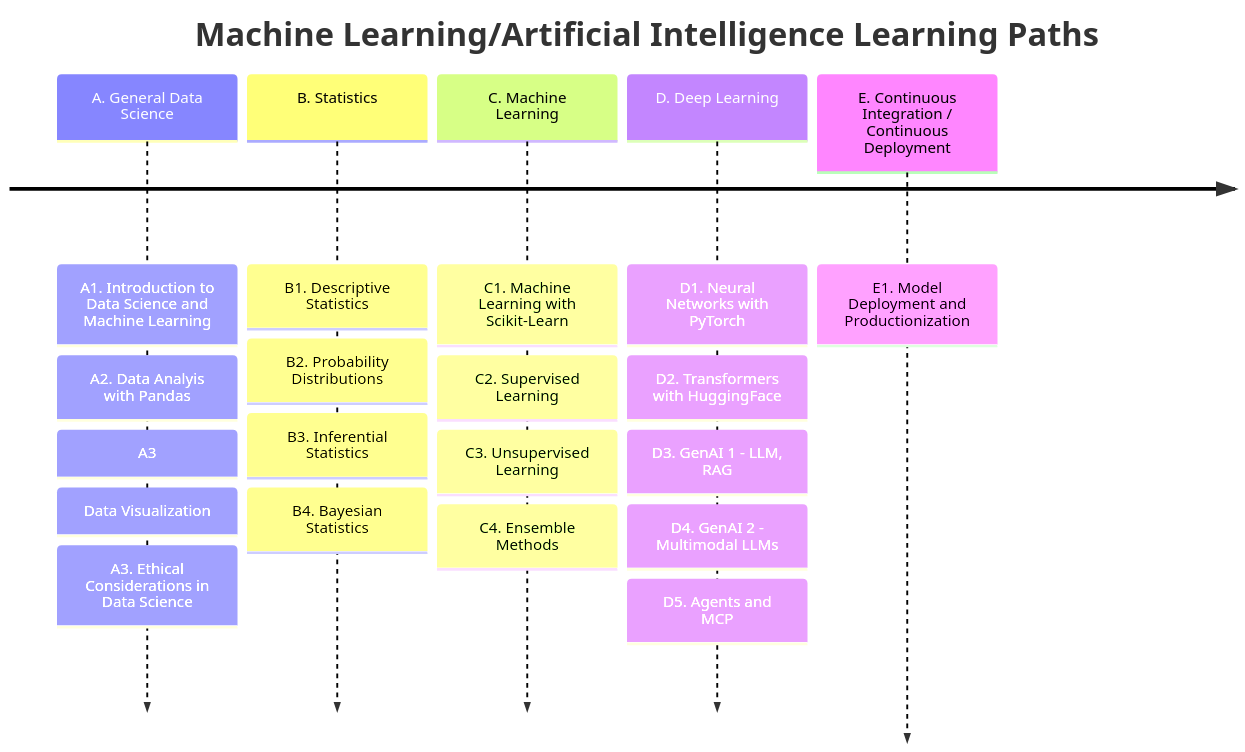
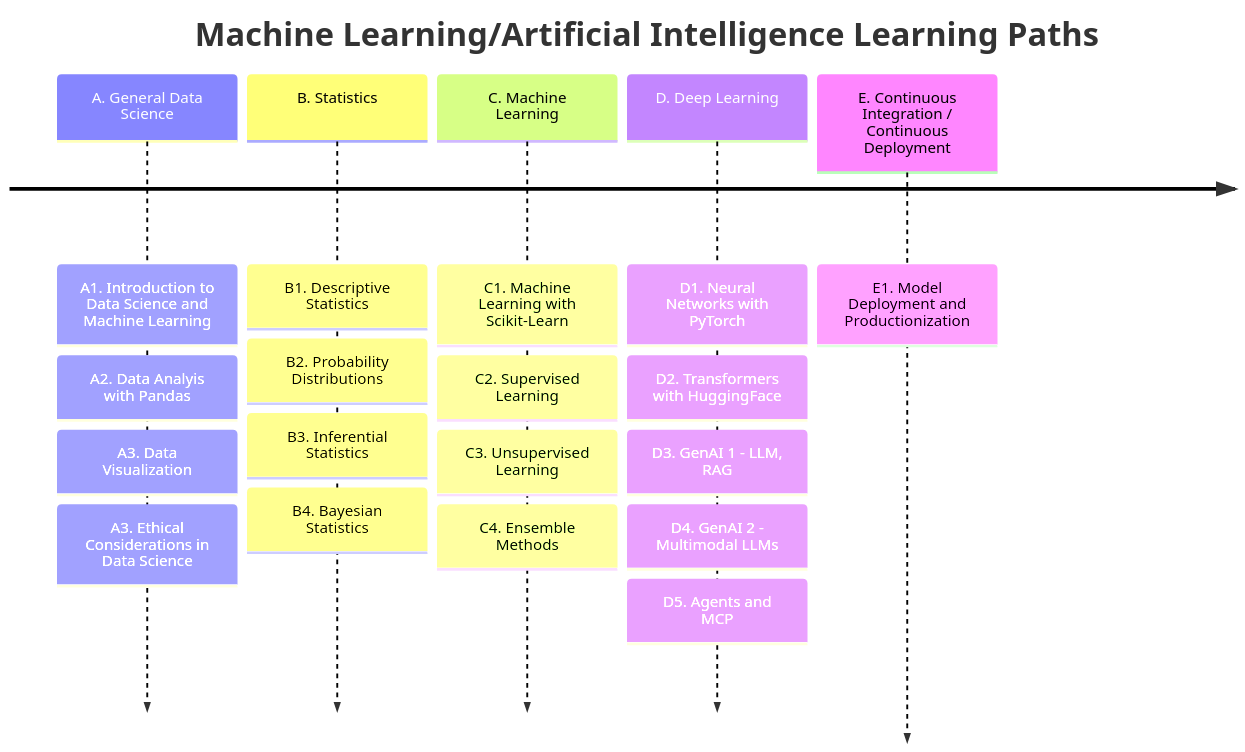
Before and after one commit to ua-datalab/ua-datalab.github.io: the diagram in docs/mlpaths_grids.md, drawn with Mermaid.

````diff
--- a/docs/mlpaths_grids.md
+++ b/docs/mlpaths_grids.md
@@ -7,23 +7,23 @@
 ```mermaid
 timeline
     title Machine Learning/Artificial Intelligence Learning Paths
     A. General Data Science : A1. Introduction to Data Science and Machine Learning
     	    	 	     : A2. Data Analyis with Pandas
-			     : A3: Data Visualization
+			     : A3. Data Visualization
 			     : A3. Ethical Considerations in Data Science
     B. Statistics : B1. Descriptive Statistics
                   : B2. Probability Distributions
 		  : B3. Inferential Statistics
 		  : B4. Bayesian Statistics
     C. Machine Learning : C1. Machine Learning with Scikit-Learn
        	       		: C2. Supervised Learning
 	        	 : C3. Unsupervised Learning
 			 : C4. Ensemble Methods
     D. Deep Learning : D1. Neural Networks with PyTorch
 		    : D2. Transformers with HuggingFace
 		    : D3. GenAI 1 - LLM, RAG
 		    : D4. GenAI 2 - Multimodal LLMs
 		    : D5. Agents and MCP
     E. Continuous Integration / Continuous Deployment  : E1. Model Deployment and Productionization
 
 ```
````
